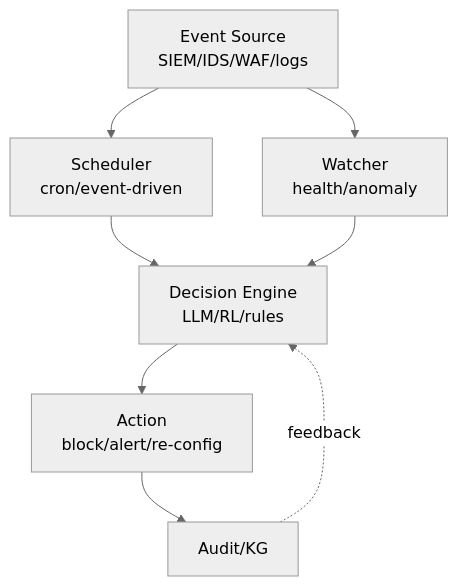
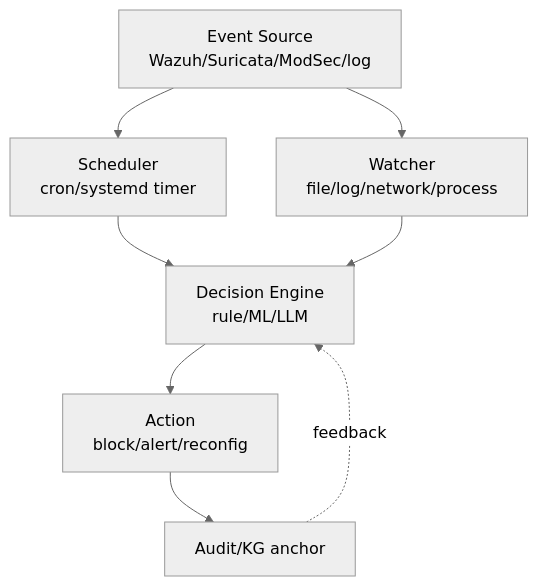
Before and after one commit to mrgrit/ccc: the first of 2 diagrams in contents/standalone/lecture/aisec/week11.md, drawn with Mermaid (neutral theme). The commit also changed other lines of this file and 14 other files, not shown here.

````diff
--- a/contents/standalone/lecture/aisec/week11.md
+++ b/contents/standalone/lecture/aisec/week11.md
@@ -67,17 +122,17 @@
 ```mermaid
 flowchart TB
-    EVENT[Event Source<br/>SIEM/IDS/WAF/logs]
-    SCHED[Scheduler<br/>cron/event-driven]
-    WATCH[Watcher<br/>health/anomaly]
-    DECIDE[Decision Engine<br/>LLM/RL/rules]
-    ACT[Action<br/>block/alert/re-config]
-    AUDIT[Audit/KG]
+    EVENT[Event Source<br/>Wazuh/Suricata/ModSec/log]
+    SCHED[Scheduler<br/>cron/systemd timer]
+    WATCH[Watcher<br/>file/log/network/process]
+    DECIDE[Decision Engine<br/>rule/ML/LLM]
+    ACT[Action<br/>block/alert/reconfig]
+    AUDIT[Audit/KG anchor]
 
     EVENT --> SCHED
     EVENT --> WATCH
     SCHED --> DECIDE
     WATCH --> DECIDE
     DECIDE --> ACT
     ACT --> AUDIT
     AUDIT -.feedback.-> DECIDE
 ```
````
